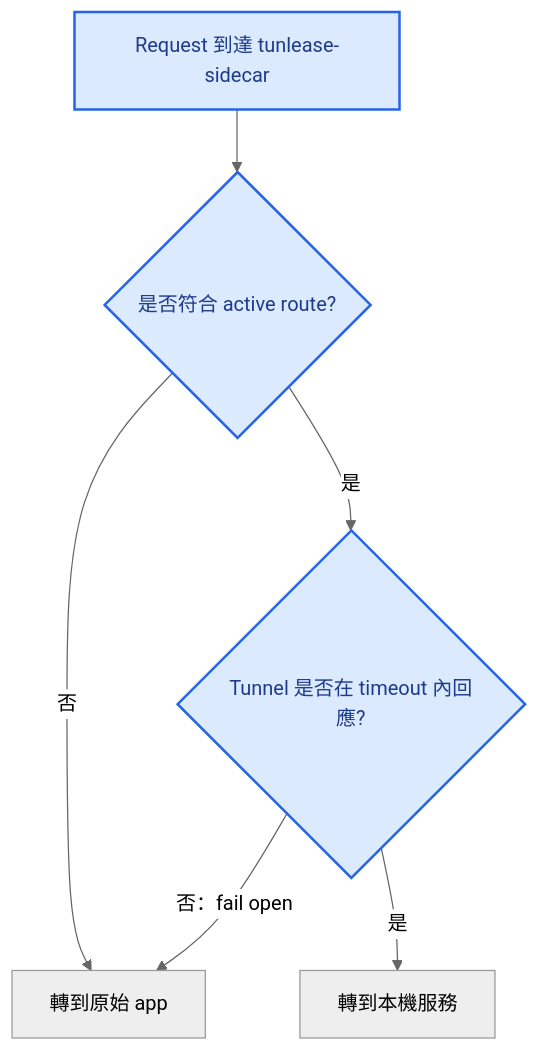
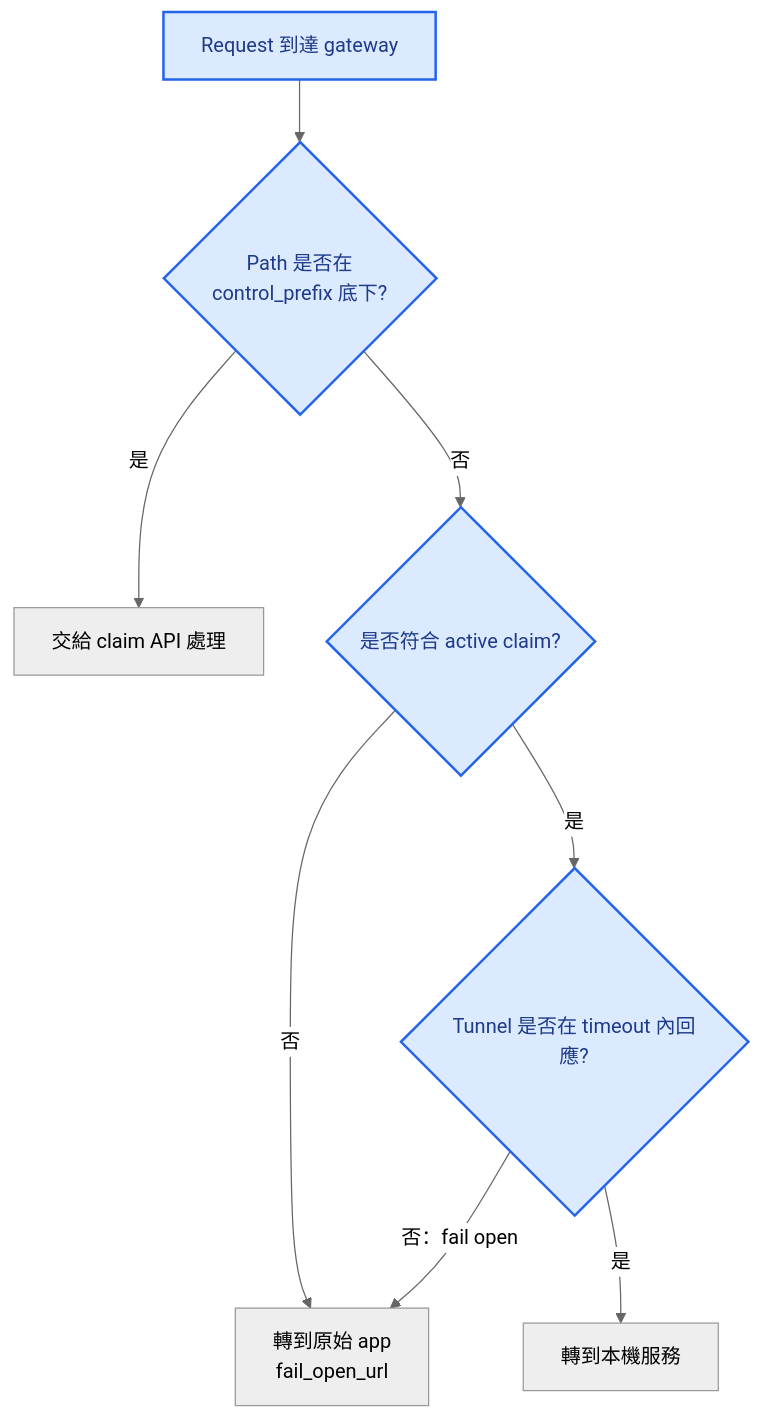
One commit to iml885203/tunlease changed the second of 3 diagrams in docs/architecture.zh-TW.md. Above: the diagram before and after it, drawn with Mermaid (neutral theme). The commit also changed other lines of this file and 31 other files, not shown here.

````diff
--- a/docs/architecture.zh-TW.md
+++ b/docs/architecture.zh-TW.md
@@ -49,17 +47,21 @@
 ```mermaid
 flowchart TD
-    Request[Request 到達 tunlease-sidecar]
-    Match{是否符合 active route?}
+    Request[Request 到達 gateway]
+    Control{Path 是否在<br/>control_prefix 底下?}
+    API[交給 claim API 處理]
+    Match{是否符合 active claim?}
     Tunnel{Tunnel 是否在 timeout 內回應?}
     Local[轉到本機服務]
-    App[轉到原始 app]
+    App[轉到原始 app<br/>fail_open_url]
 
-    Request --> Match
+    Request --> Control
+    Control -->|是| API
+    Control -->|否| Match
     Match -->|否| App
     Match -->|是| Tunnel
     Tunnel -->|是| Local
     Tunnel -->|否：fail open| App
 
     classDef tunlease fill:#dbeafe,stroke:#2563eb,color:#1e3a8a,stroke-width:2px;
-    class Request,Match,Tunnel tunlease;
+    class Request,Control,Match,Tunnel tunlease;
 ```
````
